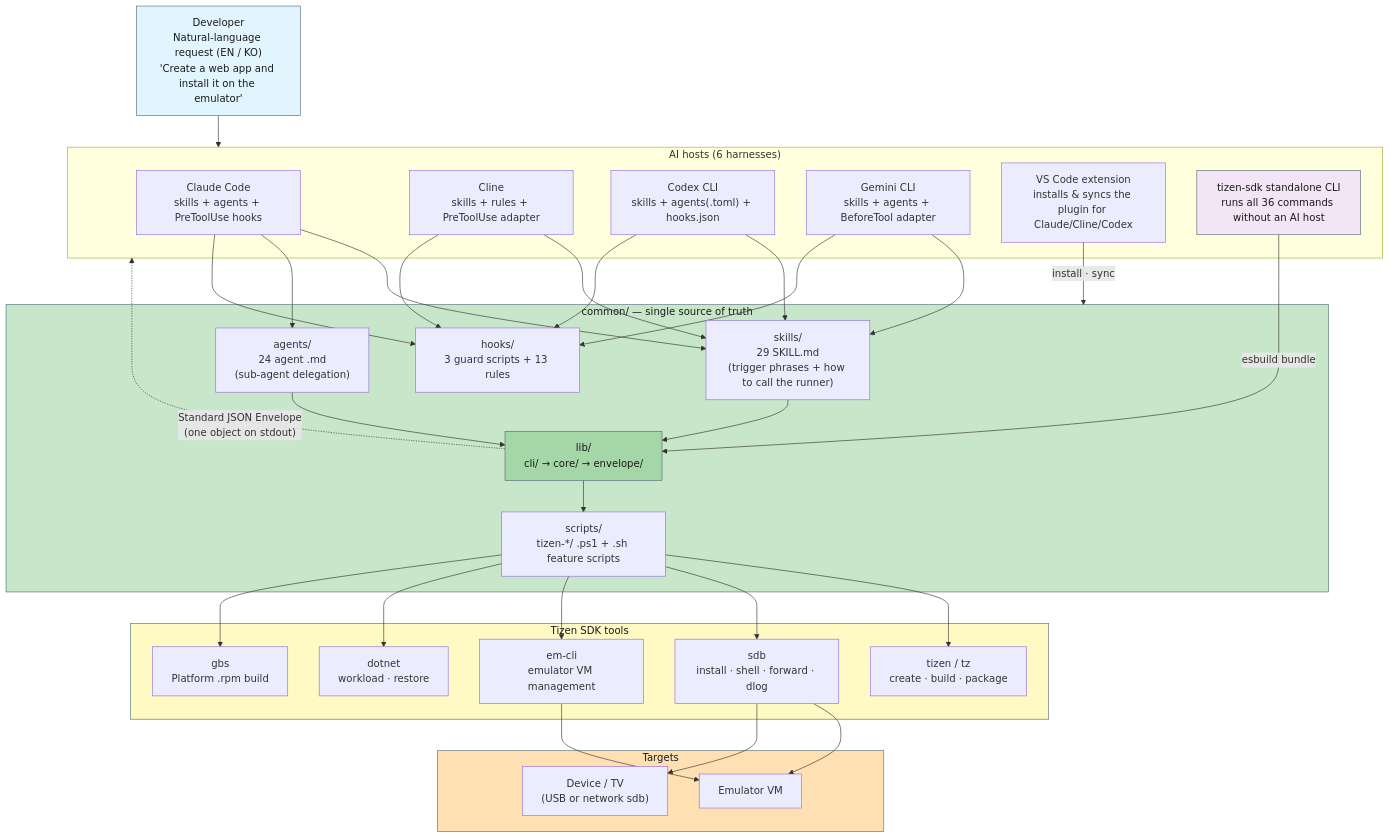
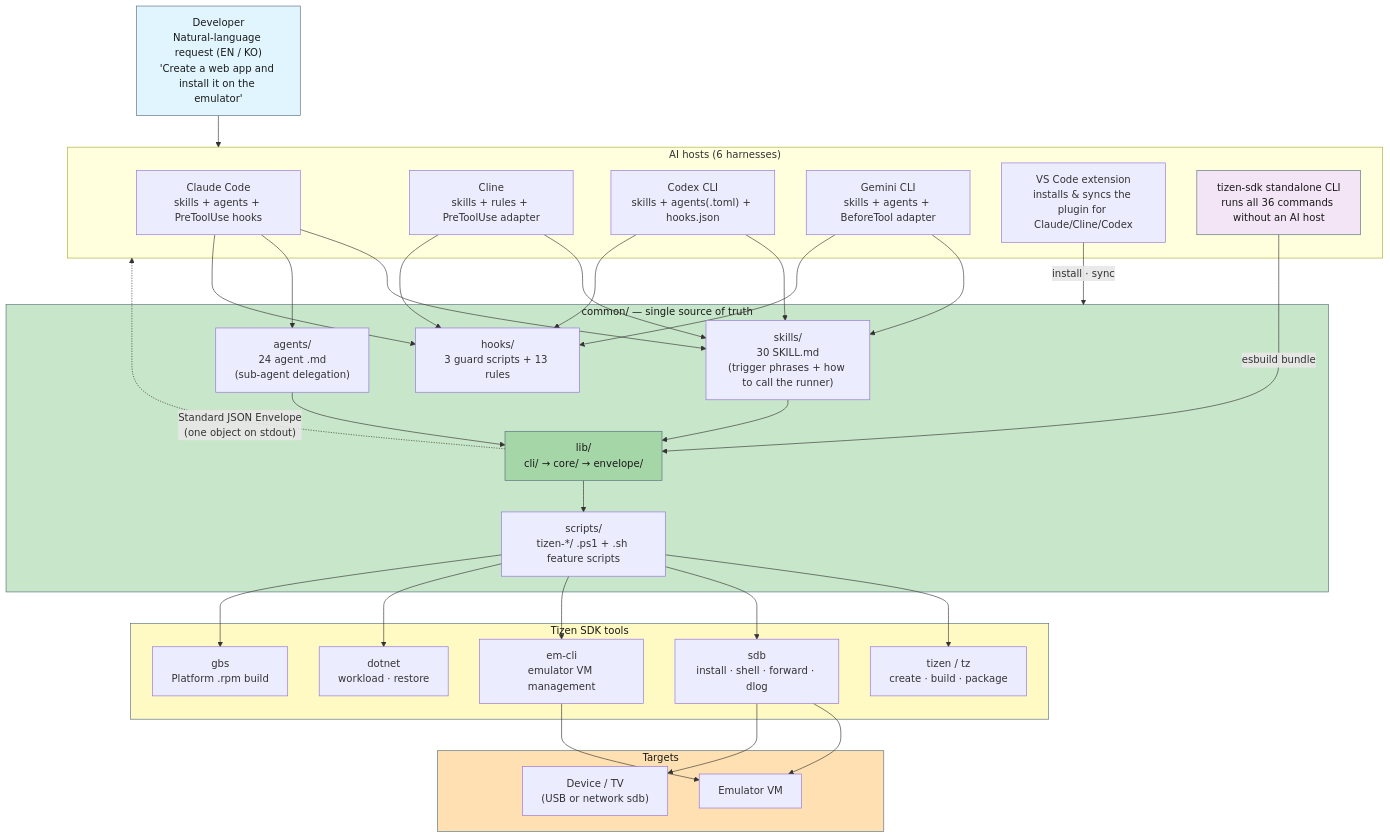
The first of 10 diagrams in tizen-sdk-skills/docs/ARCHITECTURE_DIAGRAMS.en.md (Samsung/tizen-agent-skills), drawn with Mermaid before and after one commit. The commit also changed other lines of this file and 23 other files, not shown here.

First line of the commit message:
docs(tizen-sdk-skills): register tizen-handoff and move the skill count to 30

````diff
--- a/tizen-sdk-skills/docs/ARCHITECTURE_DIAGRAMS.en.md
+++ b/tizen-sdk-skills/docs/ARCHITECTURE_DIAGRAMS.en.md
@@ -15,55 +15,55 @@
 ```mermaid
 graph TB
     USER["Developer<br/>Natural-language request (EN / KO)<br/>'Create a web app and install it on the emulator'"]
 
     subgraph HOSTS["AI hosts (6 harnesses)"]
         CLAUDE["Claude Code<br/>skills + agents + PreToolUse hooks"]
         CLINE["Cline<br/>skills + rules + PreToolUse adapter"]
         CODEX["Codex CLI<br/>skills + agents(.toml) + hooks.json"]
         GEMINI["Gemini CLI<br/>skills + agents + BeforeTool adapter"]
         VSCODE["VS Code extension<br/>installs & syncs the plugin for Claude/Cline/Codex"]
         CLI["tizen-sdk standalone CLI<br/>runs all 36 commands without an AI host"]
     end
 
     subgraph COMMON["common/ — single source of truth"]
-        SKILLS["skills/<br/>29 SKILL.md<br/>(trigger phrases + how to call the runner)"]
+        SKILLS["skills/<br/>30 SKILL.md<br/>(trigger phrases + how to call the runner)"]
         AGENTS["agents/<br/>24 agent .md<br/>(sub-agent delegation)"]
         HOOKS["hooks/<br/>3 guard scripts + 13 rules"]
         LIB["lib/<br/>cli/ → core/ → envelope/"]
         SCRIPTS["scripts/<br/>tizen-*/ .ps1 + .sh feature scripts"]
     end
 
     subgraph SDK["Tizen SDK tools"]
         TZ["tizen / tz<br/>create · build · package"]
         SDB["sdb<br/>install · shell · forward · dlog"]
         EMCLI["em-cli<br/>emulator VM management"]
         DOTNET["dotnet<br/>workload · restore"]
         GBS["gbs<br/>Platform .rpm build"]
     end
 
     subgraph TARGET["Targets"]
         EMU["Emulator VM"]
         DEV["Device / TV<br/>(USB or network sdb)"]
     end
 
     USER --> HOSTS
     CLAUDE & CLINE & CODEX & GEMINI --> SKILLS
     CLAUDE --> AGENTS
     CLAUDE & CLINE & CODEX & GEMINI --> HOOKS
     VSCODE -->|"install · sync"| COMMON
     SKILLS --> LIB
     AGENTS --> LIB
     CLI -->|"esbuild bundle"| LIB
     LIB --> SCRIPTS
     SCRIPTS --> TZ & SDB & EMCLI & DOTNET & GBS
     SDB --> EMU & DEV
     EMCLI --> EMU
     LIB -.->|"Standard JSON Envelope<br/>(one object on stdout)"| HOSTS
 
     style USER fill:#e1f5fe,stroke:#546e7a,color:#1a1a1a
     style COMMON fill:#c8e6c9,stroke:#546e7a,color:#1a1a1a
     style LIB fill:#a5d6a7,stroke:#546e7a,color:#1a1a1a
     style SDK fill:#fff9c4,stroke:#546e7a,color:#1a1a1a
     style TARGET fill:#ffe0b2,stroke:#546e7a,color:#1a1a1a
     style CLI fill:#f3e5f5,stroke:#546e7a,color:#1a1a1a
 ```
````
